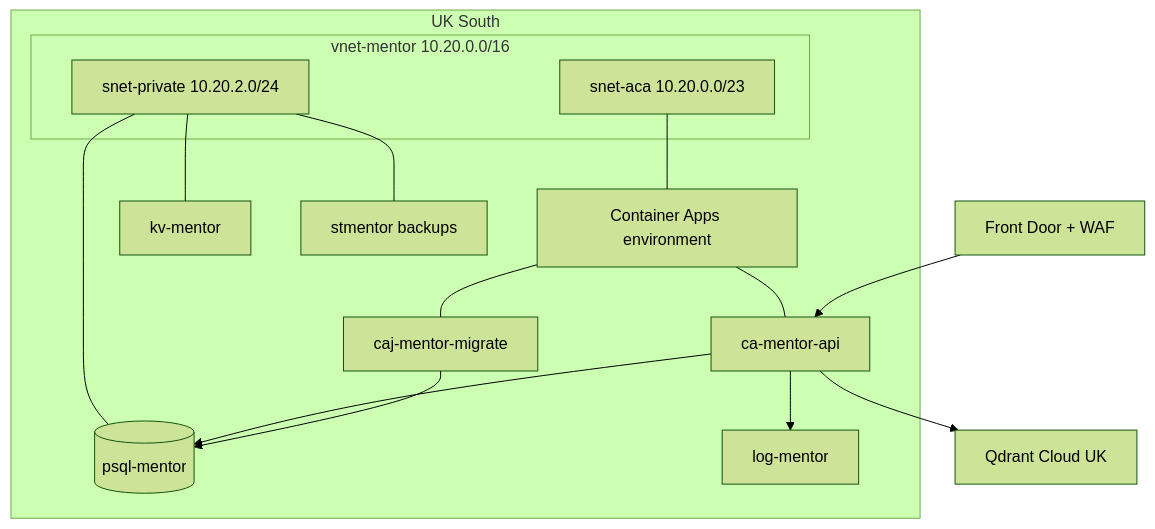
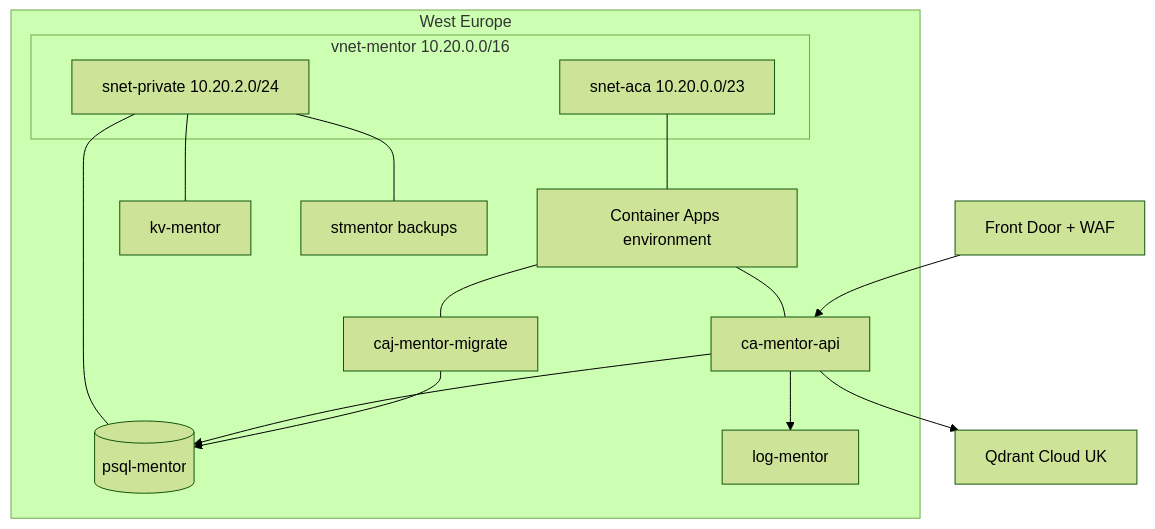
Before and after one commit to Nditah/AI-Mentor: the second of 6 diagrams in docs/Infrastructure.md, drawn with Mermaid (forest theme). The commit also changed other lines of this file and 333 other files, not shown here.

````diff
--- a/docs/Infrastructure.md
+++ b/docs/Infrastructure.md
@@ -68,29 +70,29 @@
 ```mermaid
 flowchart TB
-  subgraph uks[UK South]
+  subgraph uks[West Europe]
     subgraph vnet[vnet-mentor 10.20.0.0/16]
       aca[snet-aca 10.20.0.0/23]
       pe[snet-private 10.20.2.0/24]
     end
     cae[Container Apps environment]
     app[ca-mentor-api]
     job[caj-mentor-migrate]
     pg[(psql-mentor)]
     vault[kv-mentor]
     logs[log-mentor]
     blob[stmentor backups]
     aca --- cae
     cae --- app
     cae --- job
     pe --- pg
     pe --- vault
     pe --- blob
     app --> pg
     app --> logs
     job --> pg
   end
   fd[Front Door + WAF]
   qdrant[Qdrant Cloud UK]
   fd --> app
   app --> qdrant
 ```
````
